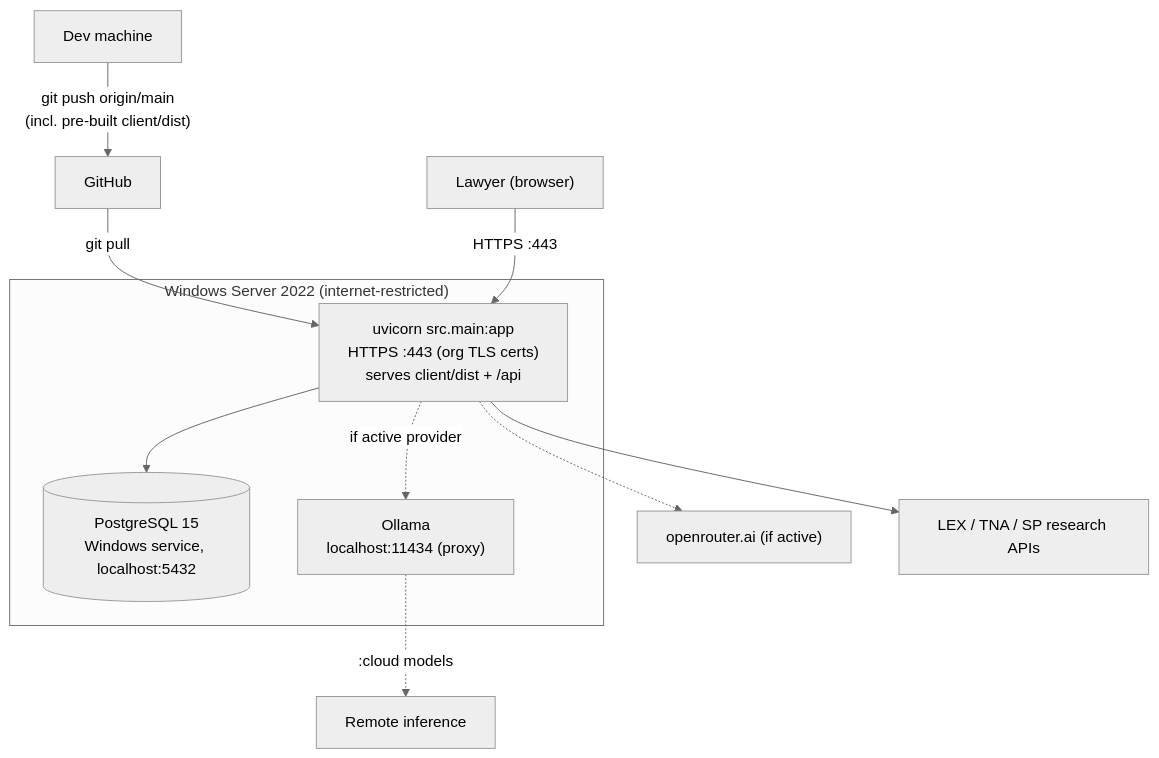
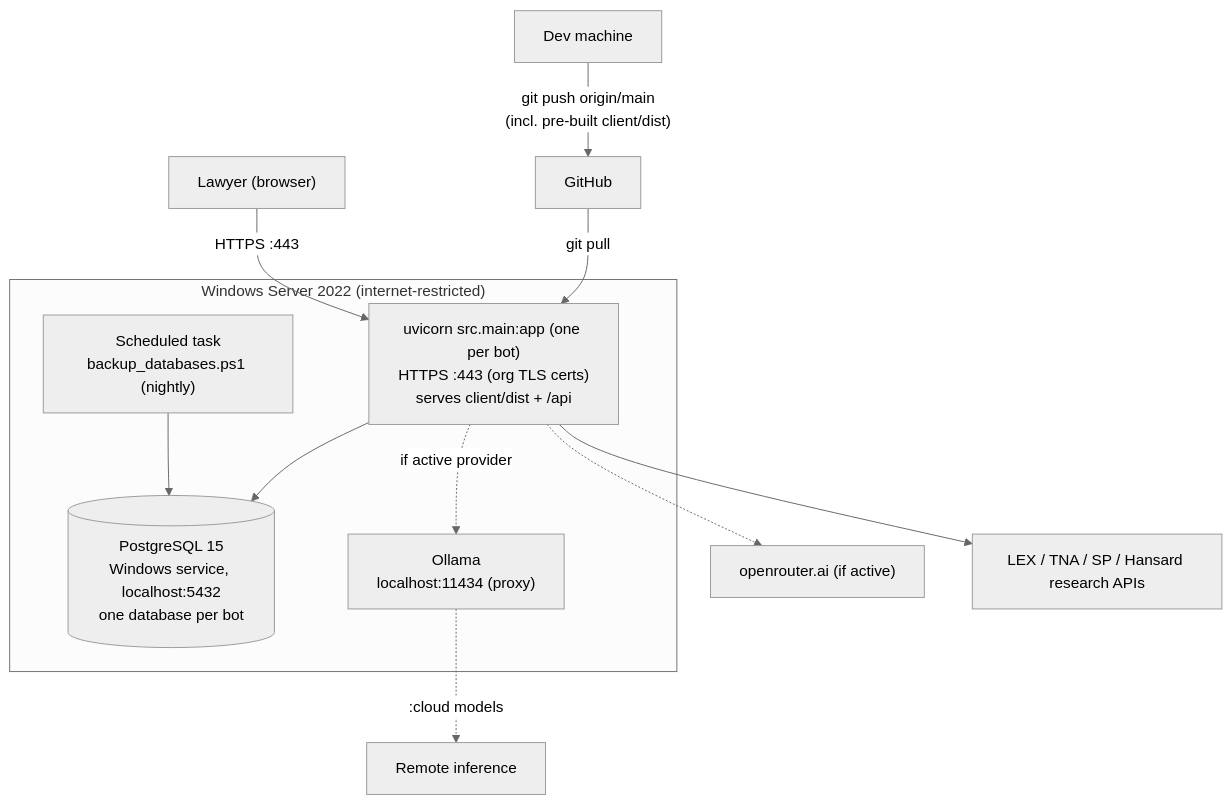
One commit to delphium226/LexChat changed diagram 14 of 14 in docs/ARCHITECTURE.md. Above: the diagram before and after it, drawn with Mermaid (neutral theme). The commit also changed other lines of this file and 2 other files, not shown here.

First line of the commit message:
@ docs: refresh README/ARCHITECTURE for the multi-bot fleet, add plain-English overview

````diff
--- a/docs/ARCHITECTURE.md
+++ b/docs/ARCHITECTURE.md
@@ -436,18 +772,20 @@
 ```mermaid
 graph TB
     subgraph target["Windows Server 2022 (internet-restricted)"]
-        uvicorn["uvicorn src.main:app<br/>HTTPS :443 (org TLS certs)<br/>serves client/dist + /api"]
-        pg[("PostgreSQL 15<br/>Windows service, localhost:5432")]
+        uvicorn["uvicorn src.main:app (one per bot)<br/>HTTPS :443 (org TLS certs)<br/>serves client/dist + /api"]
+        pg[("PostgreSQL 15<br/>Windows service, localhost:5432<br/>one database per bot")]
         ollama["Ollama<br/>localhost:11434 (proxy)"]
+        task["Scheduled task<br/>backup_databases.ps1 (nightly)"]
         uvicorn --> pg
+        task --> pg
         uvicorn -.->|if active provider| ollama
     end
 
     dev["Dev machine"] -->|"git push origin/main<br/>(incl. pre-built client/dist)"| gh["GitHub"]
     gh -->|"git pull"| uvicorn
     ollama -.->|":cloud models"| cloud["Remote inference"]
     uvicorn -.-> openrouter["openrouter.ai (if active)"]
-    uvicorn --> research["LEX / TNA / SP research APIs"]
+    uvicorn --> research["LEX / TNA / SP / Hansard research APIs"]
 
     user["Lawyer (browser)"] -->|HTTPS :443| uvicorn
 ```
````
